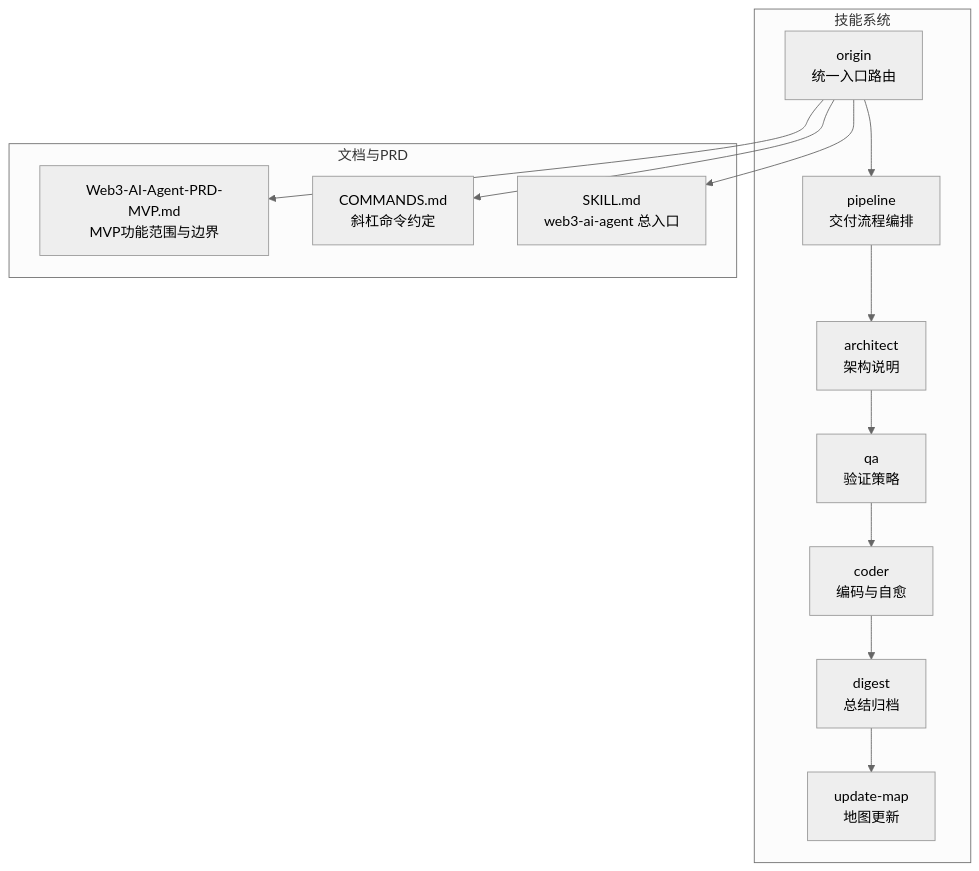
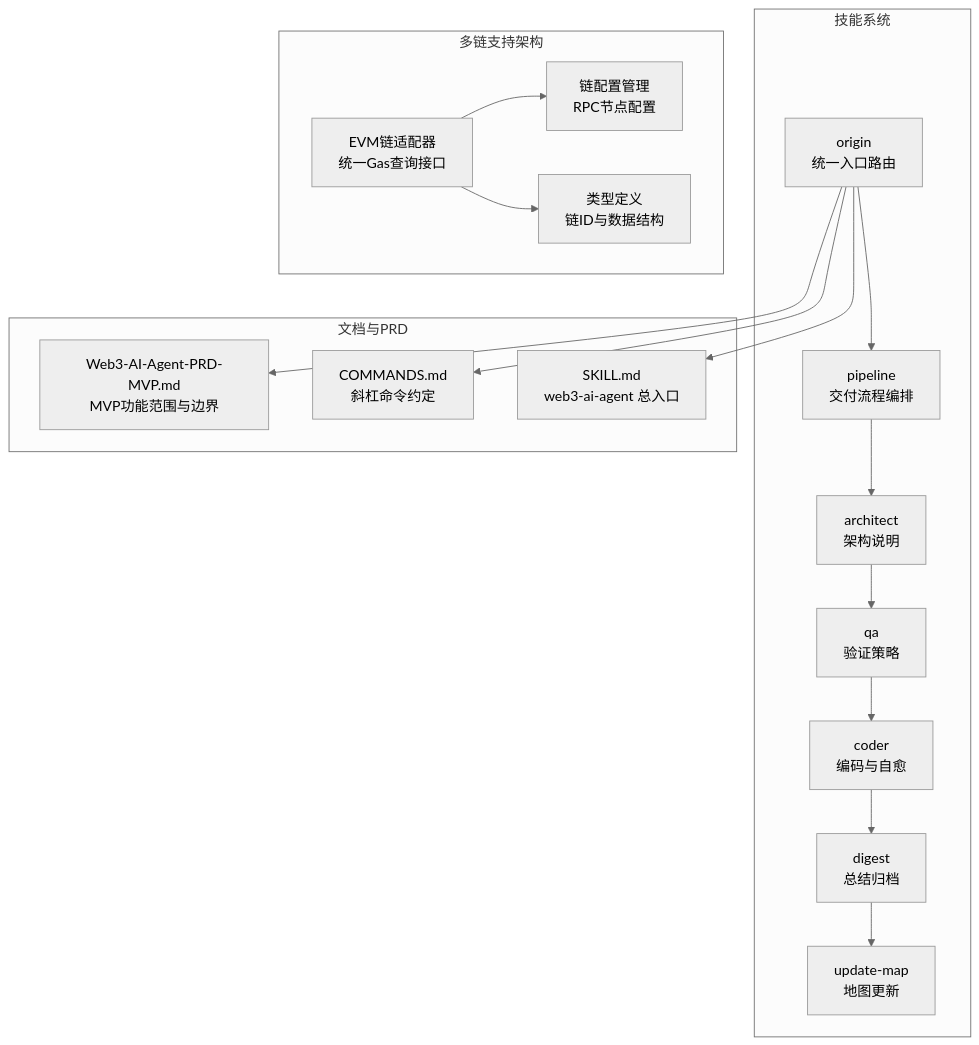
One commit to CryptoLinxu/Web3-AI-Agent changed the first of 8 diagrams in .qoder/repowiki/zh/content/Web3工具集成/核心Web3工具实现/Gas价格查询工具.md. Above: the diagram before and after it, drawn with Mermaid (neutral theme). The commit also changed other lines of this file and 9 other files, not shown here.

````diff
--- a/.qoder/repowiki/zh/content/Web3工具集成/核心Web3工具实现/Gas价格查询工具.md
+++ b/.qoder/repowiki/zh/content/Web3工具集成/核心Web3工具实现/Gas价格查询工具.md
@@ -54,22 +58,29 @@
 ```mermaid
 graph TB
 subgraph "技能系统"
 ORG["origin<br/>统一入口路由"]
 PIPE["pipeline<br/>交付流程编排"]
 ARCH["architect<br/>架构说明"]
 QA["qa<br/>验证策略"]
 CODER["coder<br/>编码与自愈"]
 DIGEST["digest<br/>总结归档"]
 UPDATE["update-map<br/>地图更新"]
 end
 subgraph "文档与PRD"
 PRD["Web3-AI-Agent-PRD-MVP.md<br/>MVP功能范围与边界"]
 CMDS["COMMANDS.md<br/>斜杠命令约定"]
 SKILL["SKILL.md<br/>web3-ai-agent 总入口"]
 end
+subgraph "多链支持架构"
+EVM["EVM链适配器<br/>统一Gas查询接口"]
+CONFIG["链配置管理<br/>RPC节点配置"]
+TYPES["类型定义<br/>链ID与数据结构"]
+end
 ORG --> PIPE
 PIPE --> ARCH --> QA --> CODER --> DIGEST --> UPDATE
 ORG --> PRD
 ORG --> CMDS
 ORG --> SKILL
+EVM --> CONFIG
+EVM --> TYPES
 ```
````
